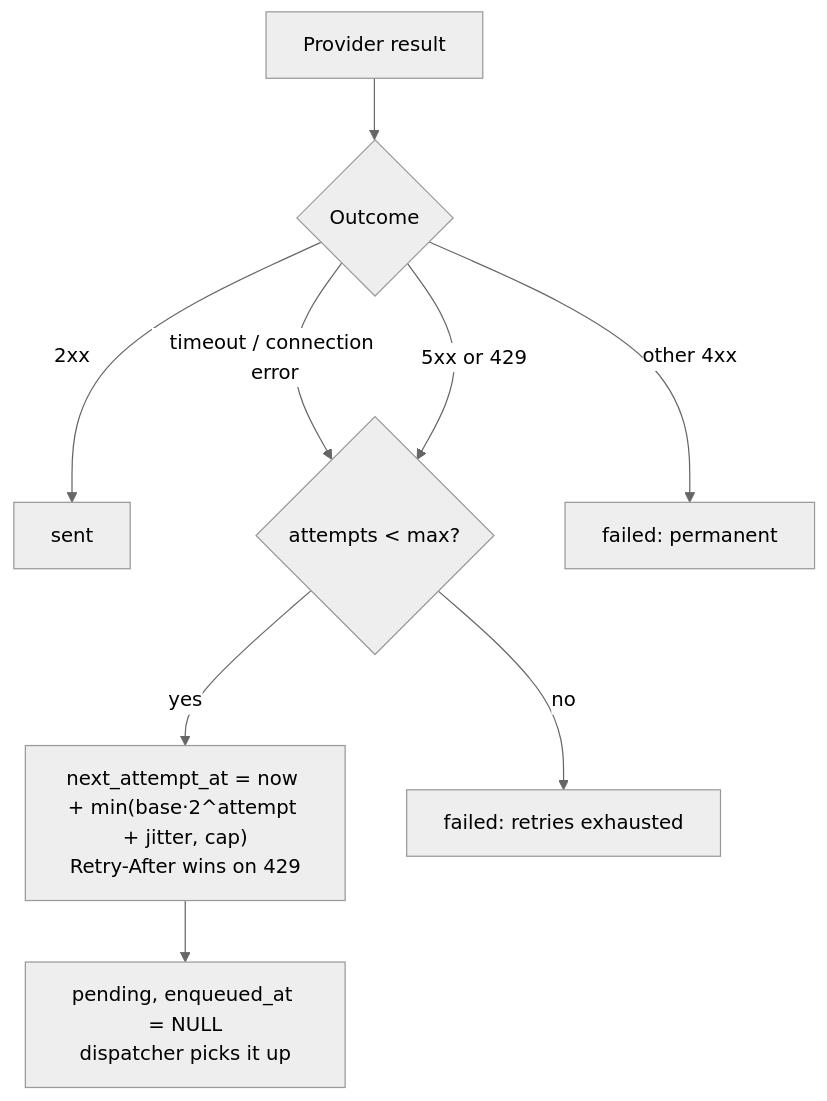
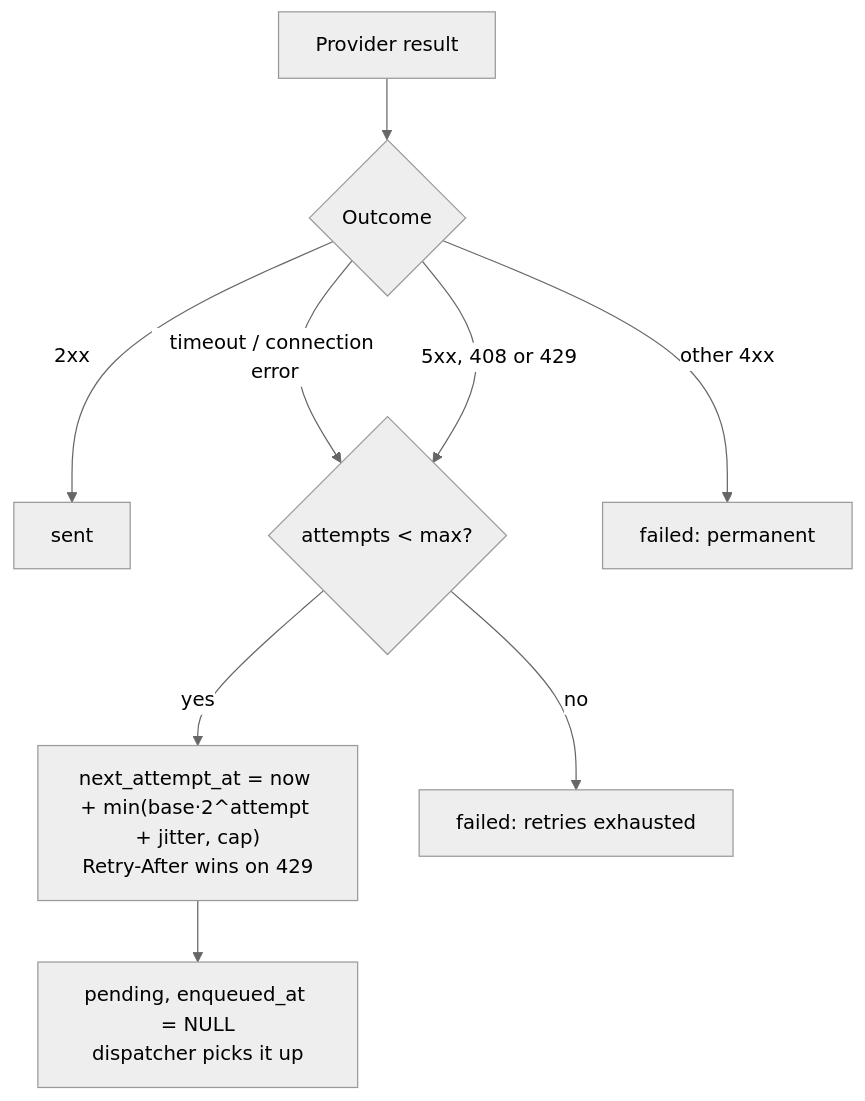
One commit to keremakkn/insider-notification changed the fourth of 7 diagrams in docs/DESIGN.md. Above: the diagram before and after it, drawn with Mermaid (neutral theme). The commit also changed other lines of this file and 10 other files, not shown here.

````diff
--- a/docs/DESIGN.md
+++ b/docs/DESIGN.md
@@ -397,11 +428,11 @@
 ```mermaid
 flowchart TD
     R[Provider result] --> S{Outcome}
     S -->|2xx| OK[sent]
     S -->|timeout / connection error| RT
-    S -->|5xx or 429| RT
+    S -->|5xx, 408 or 429| RT
     S -->|other 4xx| F[failed: permanent]
     RT{attempts < max?} -->|yes| B["next_attempt_at = now + min(base·2^attempt + jitter, cap)<br/>Retry-After wins on 429"]
     B --> P[pending, enqueued_at = NULL<br/>dispatcher picks it up]
     RT -->|no| DLQ[failed: retries exhausted]
 ```
````
